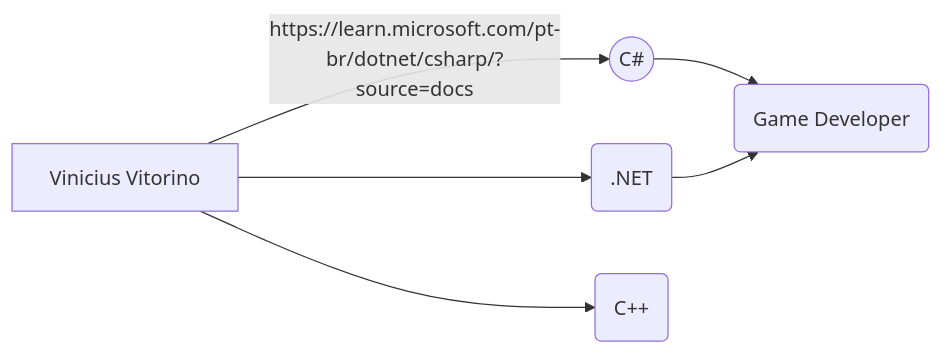
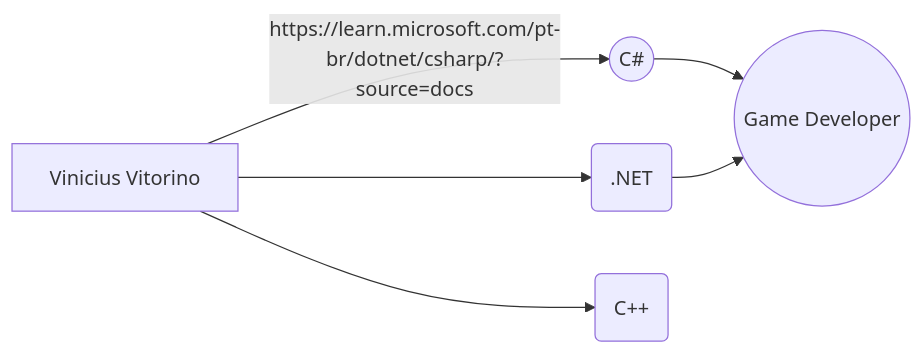
The diagram in README.md (ViniciusVitorinoSantos/EstudosCS), drawn with Mermaid before and after one commit.

````diff
--- a/README.md
+++ b/README.md
@@ -4,8 +4,8 @@
 ```mermaid
 graph LR
 A[Vinicius Vitorino] -- https://learn.microsoft.com/pt-br/dotnet/csharp/?source=docs --> B((C#))
 A --> C(.NET)
 A --> E(C++)
-B --> D(Game Developer)
+B --> D((Game Developer))
 C --> D
 ```
````
